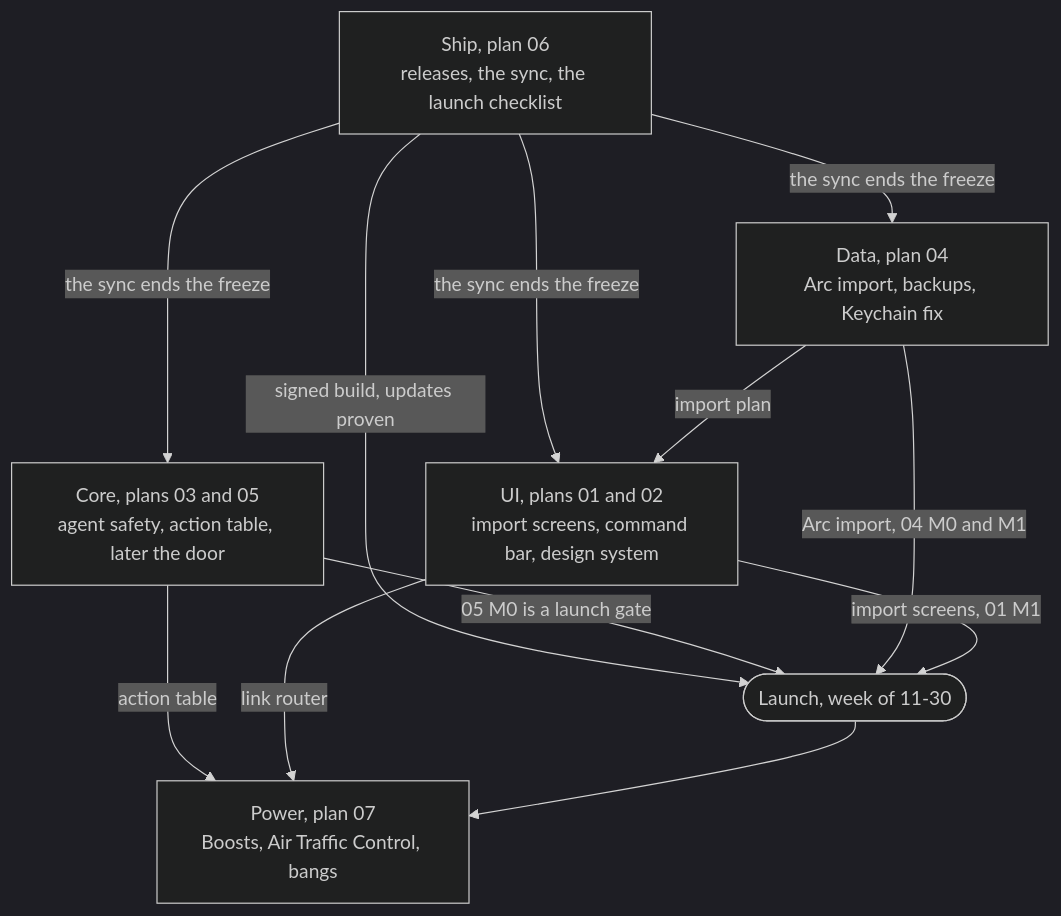
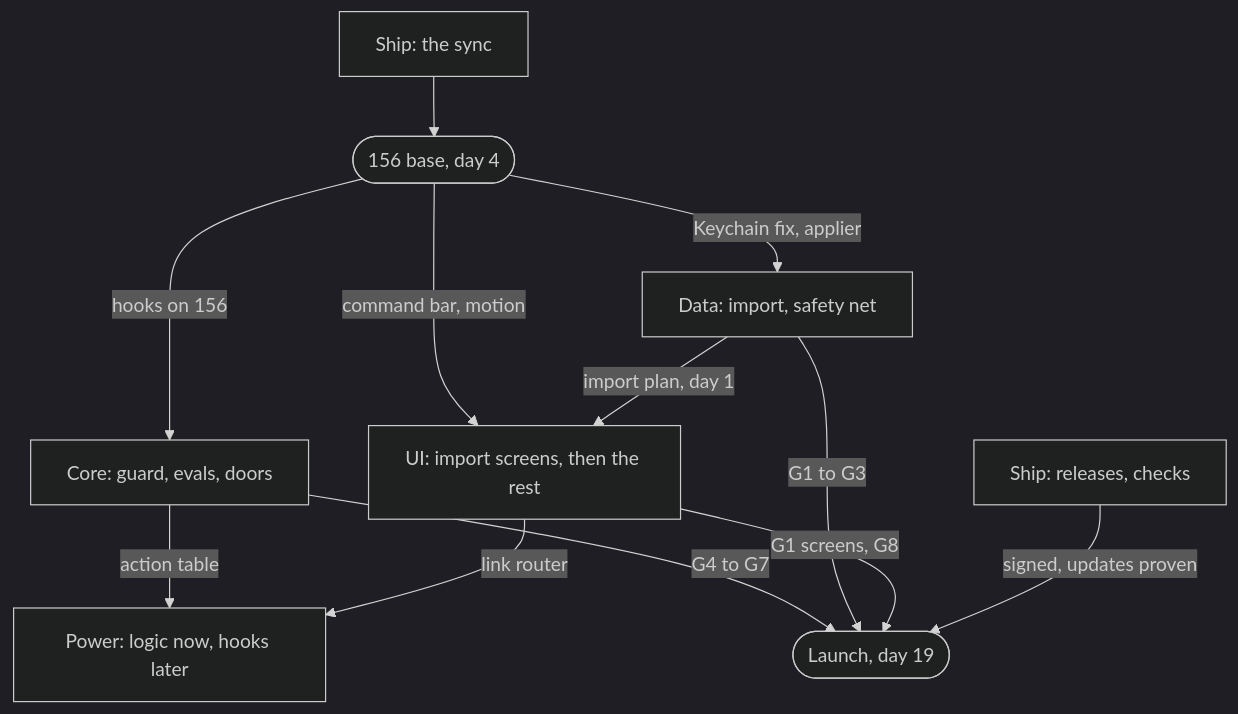
One commit to notkainoa/rac changed the second of 2 diagrams in plans/00-master-plan.md. Above: the diagram before and after it, drawn with Mermaid (dark theme). The commit also changed other lines of this file and 16 other files, not shown here.

````diff
--- a/plans/00-master-plan.md
+++ b/plans/00-master-plan.md
@@ -142,21 +154,14 @@
 ```mermaid
 flowchart TD
-    Ship["Ship, plan 06<br/>releases, the sync, the launch checklist"]
-    Core["Core, plans 03 and 05<br/>agent safety, action table, later the door"]
-    Data["Data, plan 04<br/>Arc import, backups, Keychain fix"]
-    UI["UI, plans 01 and 02<br/>import screens, command bar, design system"]
-    Power["Power, plan 07<br/>Boosts, Air Traffic Control, bangs"]
-    Launch(["Launch, week of 11-30"])
-
-    Ship -->|"the sync ends the freeze"| Core
-    Ship -->|"the sync ends the freeze"| Data
-    Ship -->|"the sync ends the freeze"| UI
-    Ship -->|"signed build, updates proven"| Launch
-    Core -->|"05 M0 is a launch gate"| Launch
-    Data -->|"import plan"| UI
-    Data -->|"Arc import, 04 M0 and M1"| Launch
-    UI -->|"import screens, 01 M1"| Launch
-    Core -->|"action table"| Power
+    Sync["Ship: the sync"] --> Base(["156 base, day 4"])
+    Base -->|"hooks on 156"| Core["Core: guard, evals, doors"]
+    Base -->|"Keychain fix, applier"| Data["Data: import, safety net"]
+    Base -->|"command bar, motion"| UI["UI: import screens, then the rest"]
+    Data -->|"import plan, day 1"| UI
+    Core -->|"G4 to G7"| Launch(["Launch, day 19"])
+    Data -->|"G1 to G3"| Launch
+    UI -->|"G1 screens, G8"| Launch
+    Ship["Ship: releases, checks"] -->|"signed, updates proven"| Launch
+    Core -->|"action table"| Power["Power: logic now, hooks later"]
     UI -->|"link router"| Power
-    Launch --> Power
 ```
````
